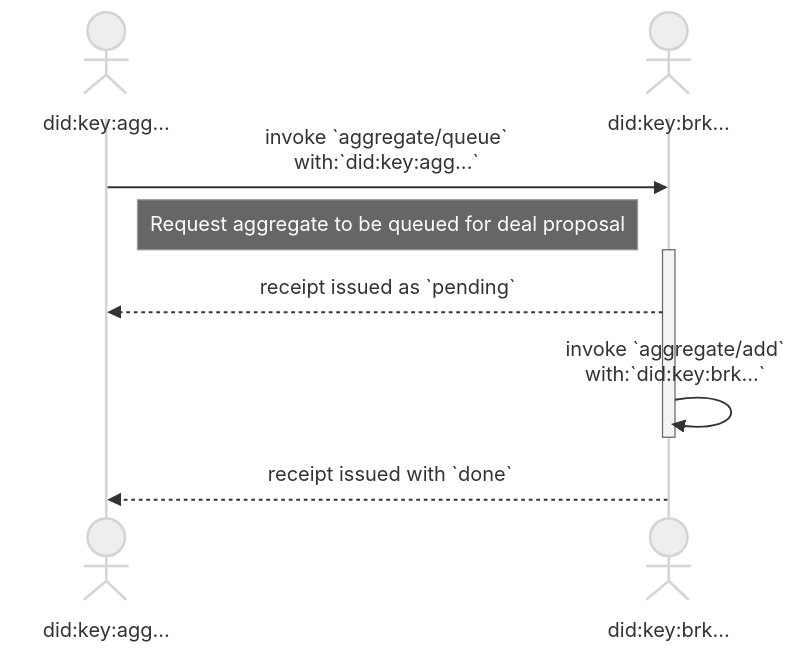
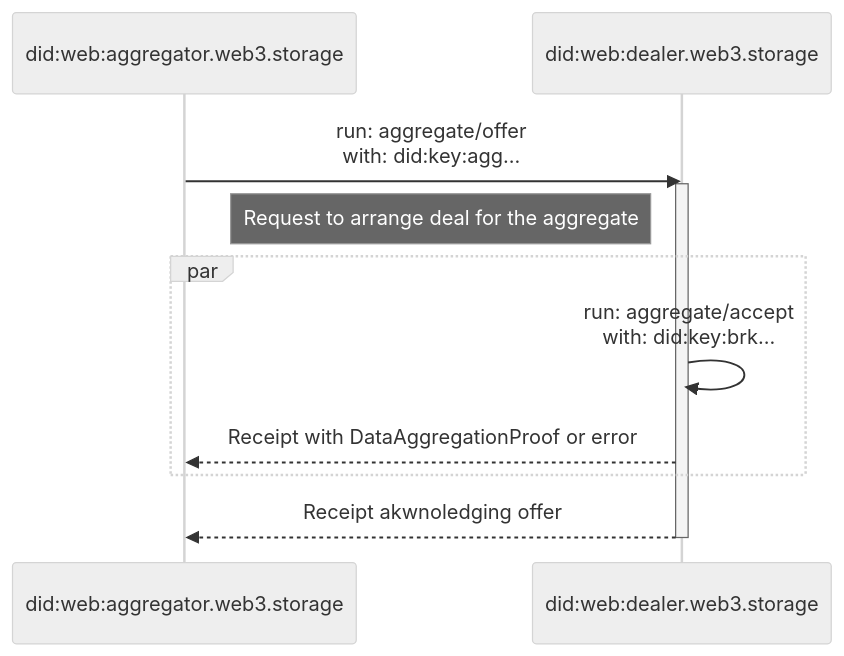
The third of 4 diagrams in w3-filecoin.md (storacha/specs), drawn with Mermaid (neutral theme) before and after one commit. The commit also changed other lines of this file, not shown here.

Commit message:
feat: update per diagram

````diff
--- a/w3-filecoin.md
+++ b/w3-filecoin.md
@@ -181,13 +198,15 @@
 ```mermaid
 sequenceDiagram
-    actor Aggregator as <br/><br/>did:key:agg...
-    actor Dealer as <br/><br/>did:key:brk...
+    participant Aggregator as <br/>did:web:aggregator.web3.storage<br/>
+    participant Dealer as <br/>did:web:dealer.web3.storage<br/>
 
-    Aggregator->>Dealer: invoke `aggregate/queue`<br>with:`did:key:agg...`
-    Note left of Dealer: Request aggregate to be queued for deal proposal
+    Aggregator->>Dealer: run: aggregate/offer<br/>with: did:key:agg...
     activate Dealer
-    Dealer-->>Aggregator: receipt issued as `pending`
-    Dealer->>Dealer: invoke `aggregate/add`<br>with:`did:key:brk...`
+    Note left of Dealer: Request to arrange deal for the aggregate
+    par
+    Dealer->>Dealer: run: aggregate/accept<br/>with: did:key:brk...
+    Dealer-->>Aggregator: Receipt with DataAggregationProof or error
+    end
+    Dealer-->>Aggregator: Receipt akwnoledging offer
     deactivate Dealer
-    Dealer-->>Aggregator: receipt issued with `done`
 ```
````
